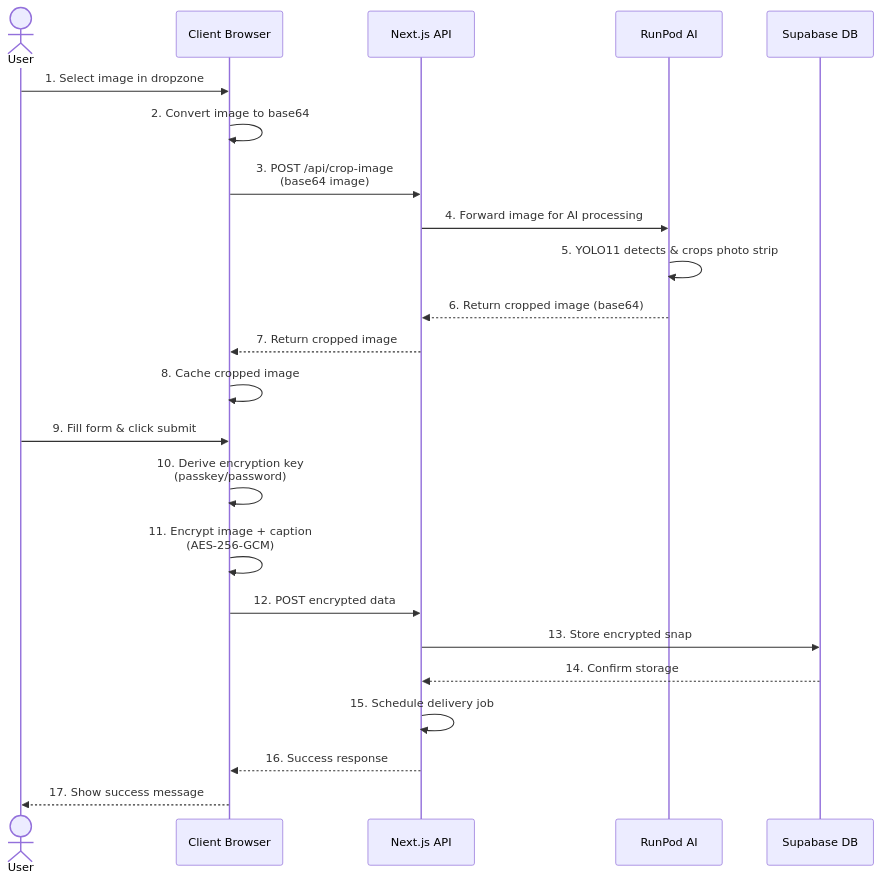
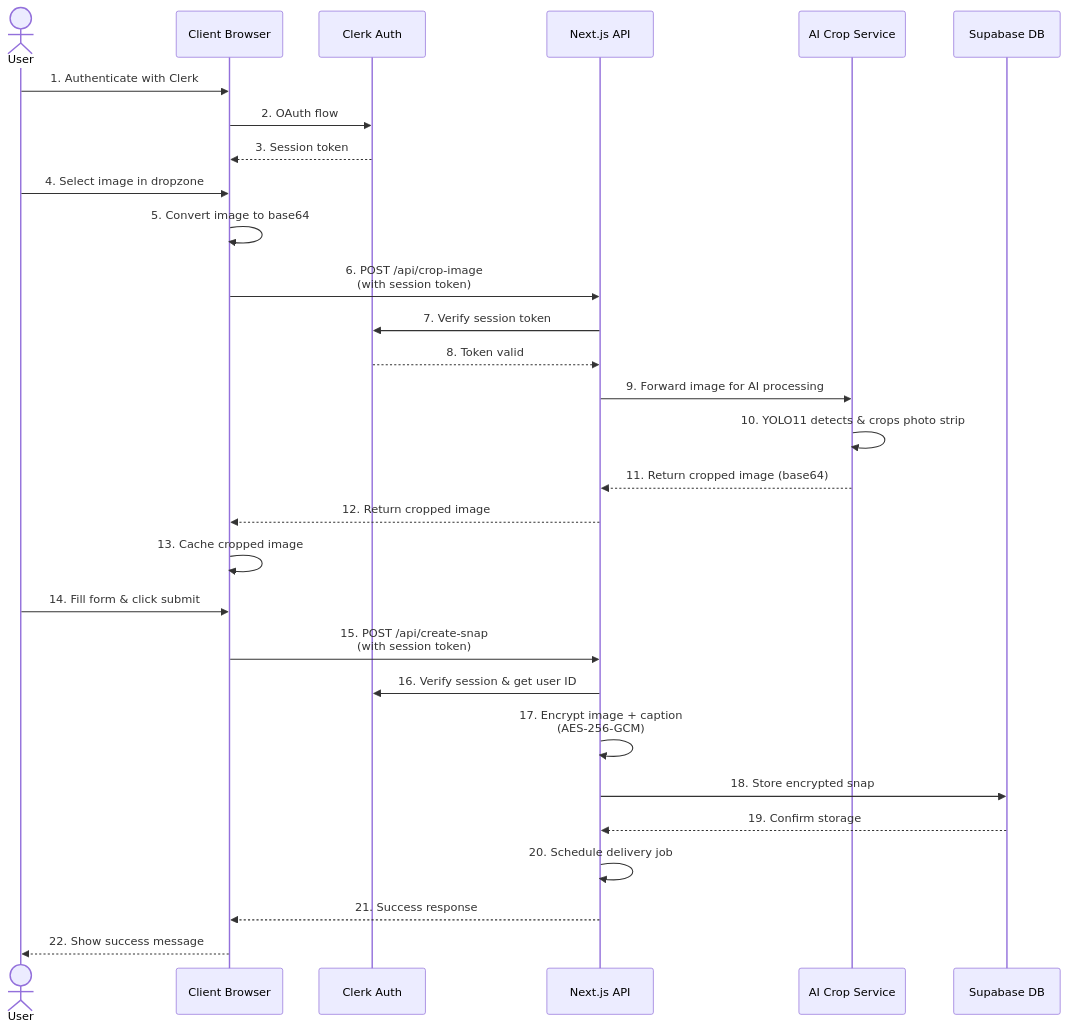
One commit to bjh-developer/restrip changed the second of 4 diagrams in TECHNICAL_DOCUMENTATION.md. Above: the diagram before and after it, drawn with Mermaid. The commit also changed other lines of this file, not shown here.

Commit message:
Update TECHNICAL_DOCUMENTATION.md - auth and encryption sections

````diff
--- a/TECHNICAL_DOCUMENTATION.md
+++ b/TECHNICAL_DOCUMENTATION.md
@@ -262,27 +271,34 @@
 ```mermaid
 sequenceDiagram
     actor User
     participant Client as Client Browser
+    participant Clerk as Clerk Auth
     participant Server as Next.js API
-    participant RunPod as RunPod AI
+    participant AI as AI Crop Service
     participant Supabase as Supabase DB
 
-    User->>Client: 1. Select image in dropzone
-    Client->>Client: 2. Convert image to base64
-    Client->>Server: 3. POST /api/crop-image<br/>(base64 image)
-    Server->>RunPod: 4. Forward image for AI processing
-    RunPod->>RunPod: 5. YOLO11 detects & crops photo strip
-    RunPod-->>Server: 6. Return cropped image (base64)
-    Server-->>Client: 7. Return cropped image
-    Client->>Client: 8. Cache cropped image
+    User->>Client: 1. Authenticate with Clerk
+    Client->>Clerk: 2. OAuth flow
+    Clerk-->>Client: 3. Session token
 
-    User->>Client: 9. Fill form & click submit
-    Client->>Client: 10. Derive encryption key<br/>(passkey/password)
-    Client->>Client: 11. Encrypt image + caption<br/>(AES-256-GCM)
-    Client->>Server: 12. POST encrypted data
-    Server->>Supabase: 13. Store encrypted snap
-    Supabase-->>Server: 14. Confirm storage
-    Server->>Server: 15. Schedule delivery job
-    Server-->>Client: 16. Success response
-    Client-->>User: 17. Show success message
+    User->>Client: 4. Select image in dropzone
+    Client->>Client: 5. Convert image to base64
+    Client->>Server: 6. POST /api/crop-image<br/>(with session token)
+    Server->>Clerk: 7. Verify session token
+    Clerk-->>Server: 8. Token valid
+    Server->>AI: 9. Forward image for AI processing
+    AI->>AI: 10. YOLO11 detects & crops photo strip
+    AI-->>Server: 11. Return cropped image (base64)
+    Server-->>Client: 12. Return cropped image
+    Client->>Client: 13. Cache cropped image
+
+    User->>Client: 14. Fill form & click submit
+    Client->>Server: 15. POST /api/create-snap<br/>(with session token)
+    Server->>Clerk: 16. Verify session & get user ID
+    Server->>Server: 17. Encrypt image + caption<br/>(AES-256-GCM)
+    Server->>Supabase: 18. Store encrypted snap
+    Supabase-->>Server: 19. Confirm storage
+    Server->>Server: 20. Schedule delivery job
+    Server-->>Client: 21. Success response
+    Client-->>User: 22. Show success message
 ```
````
